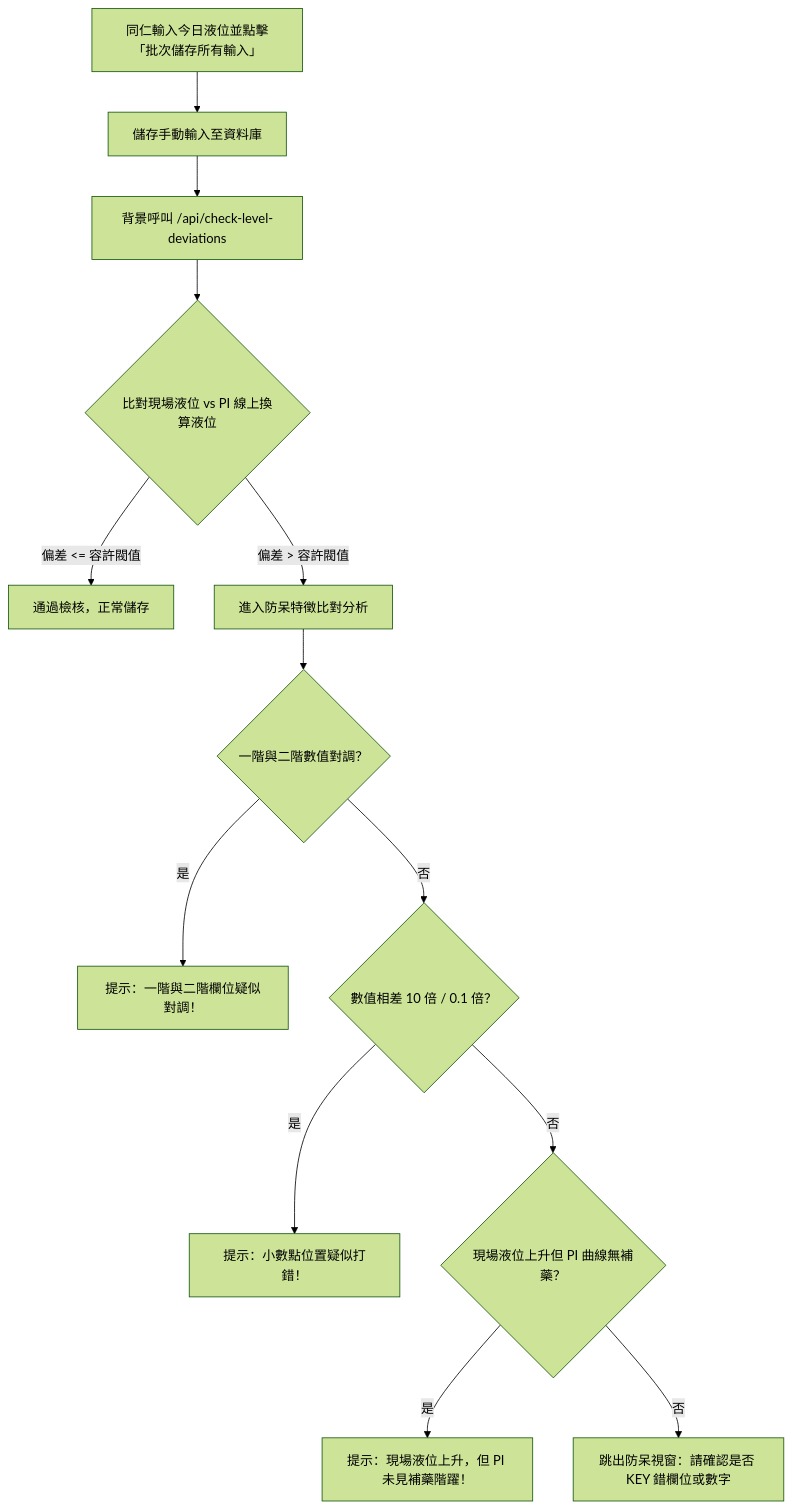
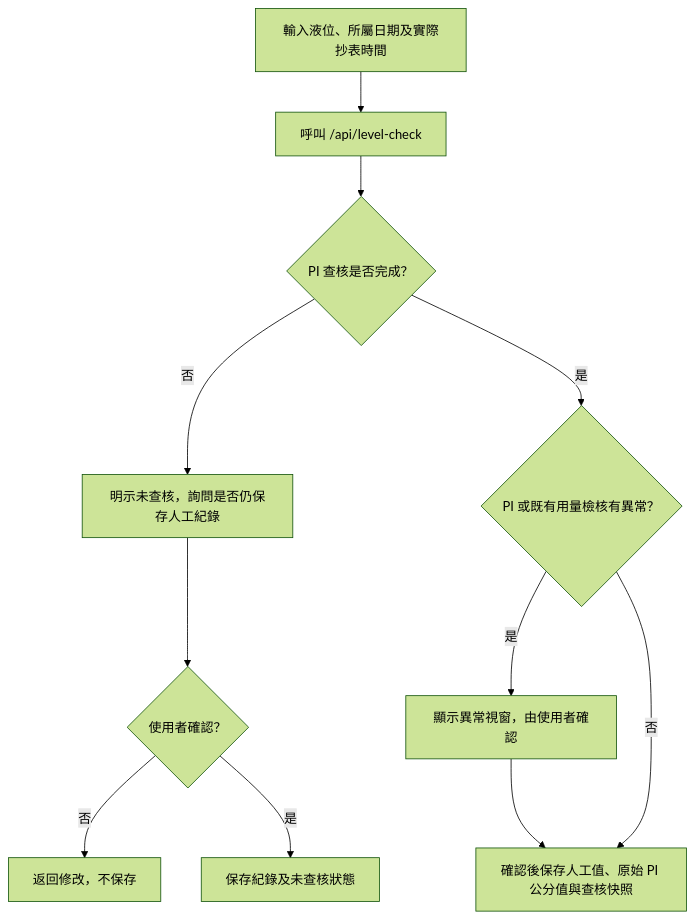
The diagram in docs/PI_Level_Check_Completion_Report.md (ChiaYing-Chen/Chemical_MANG_SYSTEM), drawn with Mermaid (forest theme) before and after one commit. The commit also changed other lines of this file and 9 other files, not shown here.

````diff
--- a/docs/PI_Level_Check_Completion_Report.md
+++ b/docs/PI_Level_Check_Completion_Report.md
@@ -76,15 +79,13 @@
 ```mermaid
 flowchart TD
-    A["同仁輸入今日液位並點擊「批次儲存所有輸入」"] --> B["儲存手動輸入至資料庫"]
-    B --> C["背景呼叫 /api/check-level-deviations"]
-    C --> D{"比對現場液位 vs PI 線上換算液位"}
-    D -- "偏差 <= 容許閥值" --> E["通過檢核，正常儲存"]
-    D -- "偏差 > 容許閥值" --> F["進入防呆特徵比對分析"]
-    F --> G{"一階與二階數值對調？"}
-    G -- "是" --> H["提示：一階與二階欄位疑似對調！"]
-    G -- "否" --> I{"數值相差 10 倍 / 0.1 倍？"}
-    I -- "是" --> J["提示：小數點位置疑似打錯！"]
-    I -- "否" --> K{"現場液位上升但 PI 曲線無補藥？"}
-    K -- "是" --> L["提示：現場液位上升，但 PI 未見補藥階躍！"]
-    K -- "否" --> M["跳出防呆視窗：請確認是否 KEY 錯欄位或數字"]
+    A["輸入液位、所屬日期及實際抄表時間"] --> B["呼叫 /api/level-check"]
+    B --> C{"PI 查核是否完成？"}
+    C -- "否" --> D["明示未查核，詢問是否仍保存人工紀錄"]
+    D --> E{"使用者確認？"}
+    E -- "否" --> F["返回修改，不保存"]
+    E -- "是" --> G["保存紀錄及未查核狀態"]
+    C -- "是" --> H{"PI 或既有用量檢核有異常？"}
+    H -- "是" --> I["顯示異常視窗，由使用者確認"]
+    I --> J["確認後保存人工值、原始 PI 公分值與查核快照"]
+    H -- "否" --> J
 ```
````
